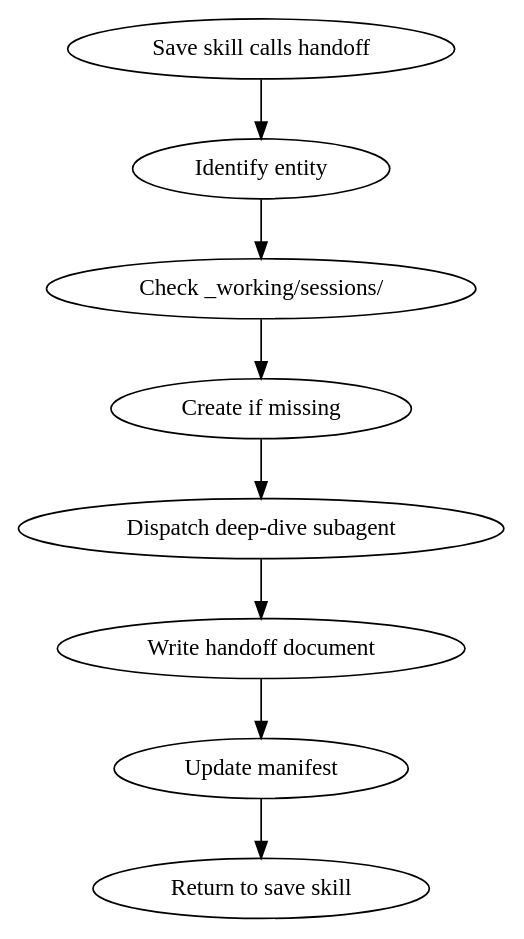
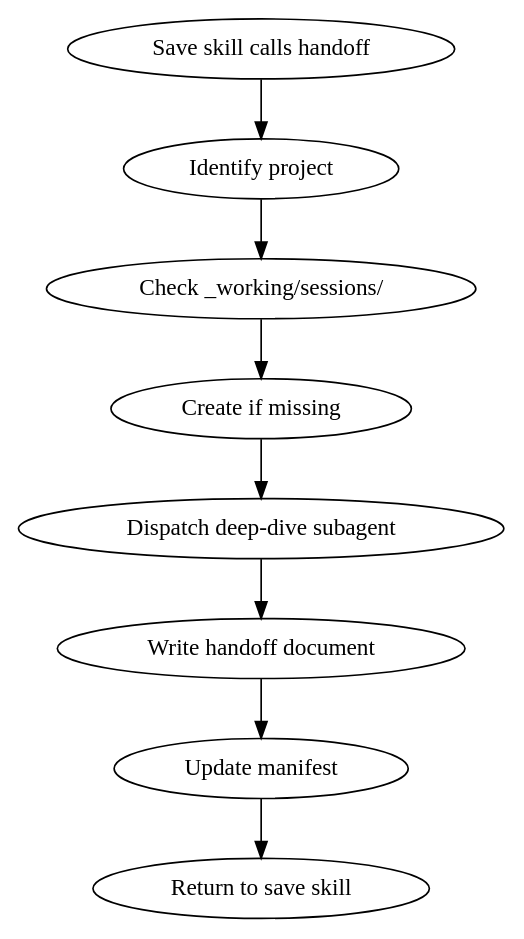
The diagram in skills/handoff/SKILL.md (benslockedin/aliveskills), drawn with Graphviz before and after one commit. The commit also changed other lines of this file and 34 other files, not shown here.

````diff
--- a/skills/handoff/SKILL.md
+++ b/skills/handoff/SKILL.md
@@ -35,11 +35,11 @@
 ```dot
 digraph handoff_flow {
-    "Save skill calls handoff" -> "Identify entity";
-    "Identify entity" -> "Check _working/sessions/";
+    "Save skill calls handoff" -> "Identify project";
+    "Identify project" -> "Check _working/sessions/";
     "Check _working/sessions/" -> "Create if missing";
     "Create if missing" -> "Dispatch deep-dive subagent";
     "Dispatch deep-dive subagent" -> "Write handoff document";
     "Write handoff document" -> "Update manifest";
     "Update manifest" -> "Return to save skill";
 }
 ```
````
